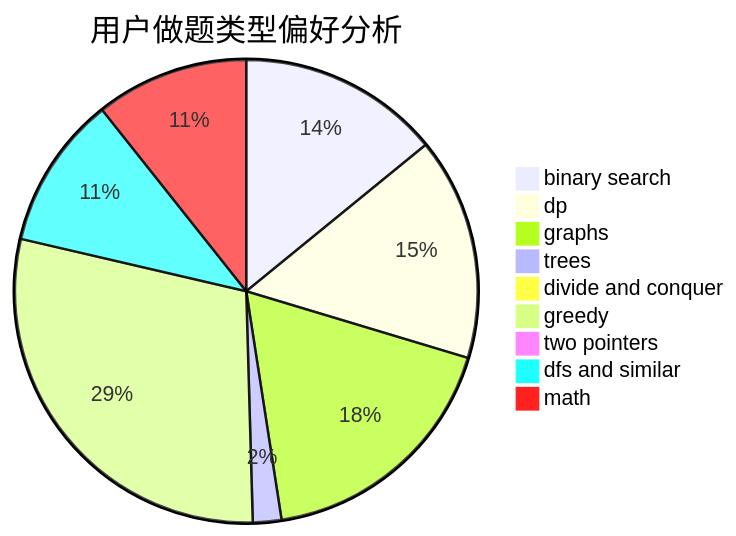
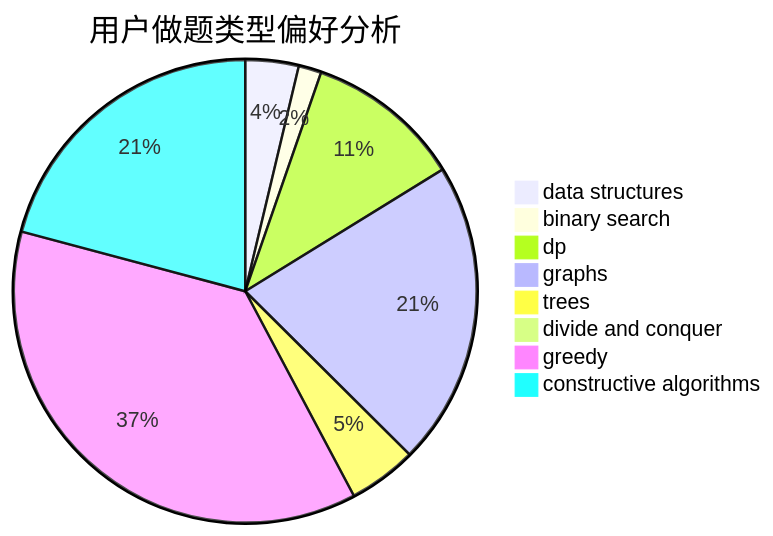
The second of 3 diagrams in docs/user/u1609.md (sherpahu/cfrs.github.io), drawn with Mermaid before and after one commit. The commit also changed other lines of this file and 2775 other files, not shown here.

````diff
--- a/docs/user/u1609.md
+++ b/docs/user/u1609.md
@@ -23,12 +23,11 @@
 ```mermaid
 pie title 用户做题类型偏好分析
-    "binary search" :  453
-    "dp" :  499
-    "graphs" :  575
-    "trees" :  64
+    "data structures" :  28
+    "binary search" :  12
+    "dp" :  82
+    "graphs" :  160
+    "trees" :  36
     "divide and conquer" :  1
-    "greedy" :  934
-    "two pointers" :  23
-    "dfs and similar" :  343
-    "math" :  343
+    "greedy" :  278
+    "constructive algorithms" :  157
 ```
````
